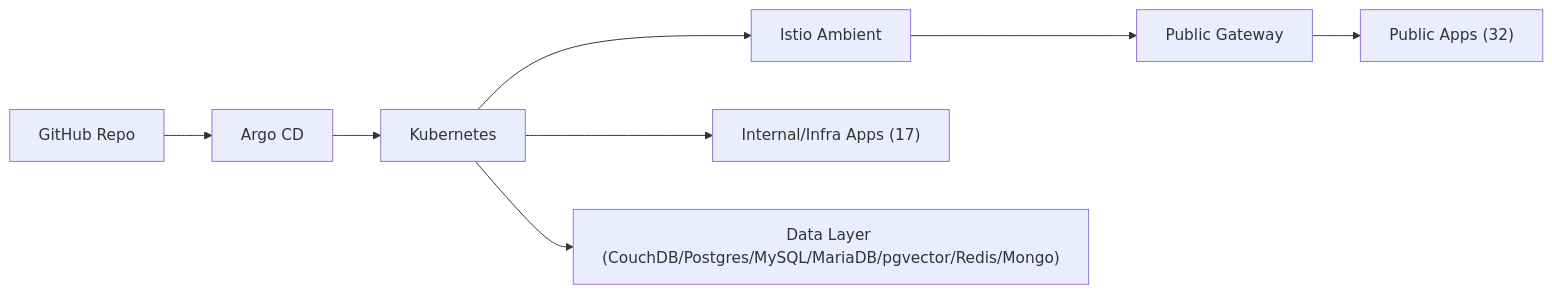
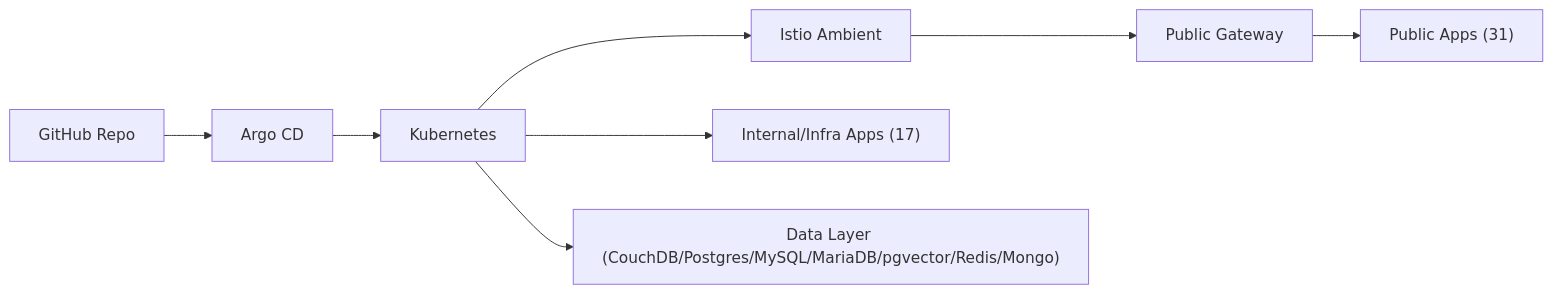
One commit to noeulnight/homelab changed the diagram in README.md. Above: the diagram before and after it, drawn with Mermaid. The commit also changed other lines of this file and 8 other files, not shown here.

````diff
--- a/README.md
+++ b/README.md
@@ -15,10 +15,10 @@
 ```mermaid
 flowchart LR
   GitHub["GitHub Repo"] --> Argo["Argo CD"]
   Argo --> K8s["Kubernetes"]
   K8s --> Istio["Istio Ambient"]
   Istio --> Gateway["Public Gateway"]
-  Gateway --> PublicApps["Public Apps (32)"]
+  Gateway --> PublicApps["Public Apps (31)"]
   K8s --> InternalApps["Internal/Infra Apps (17)"]
   K8s --> Data["Data Layer (CouchDB/Postgres/MySQL/MariaDB/pgvector/Redis/Mongo)"]
 ```
````
